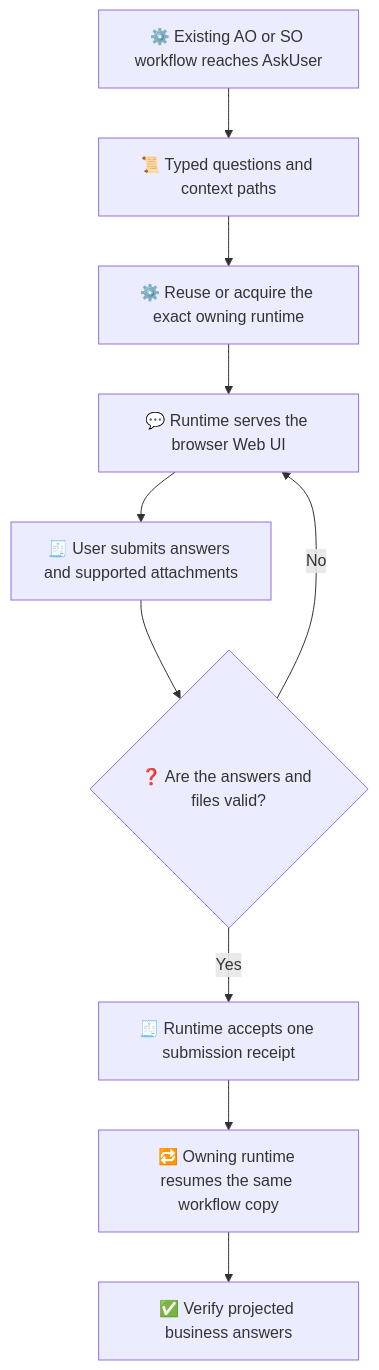
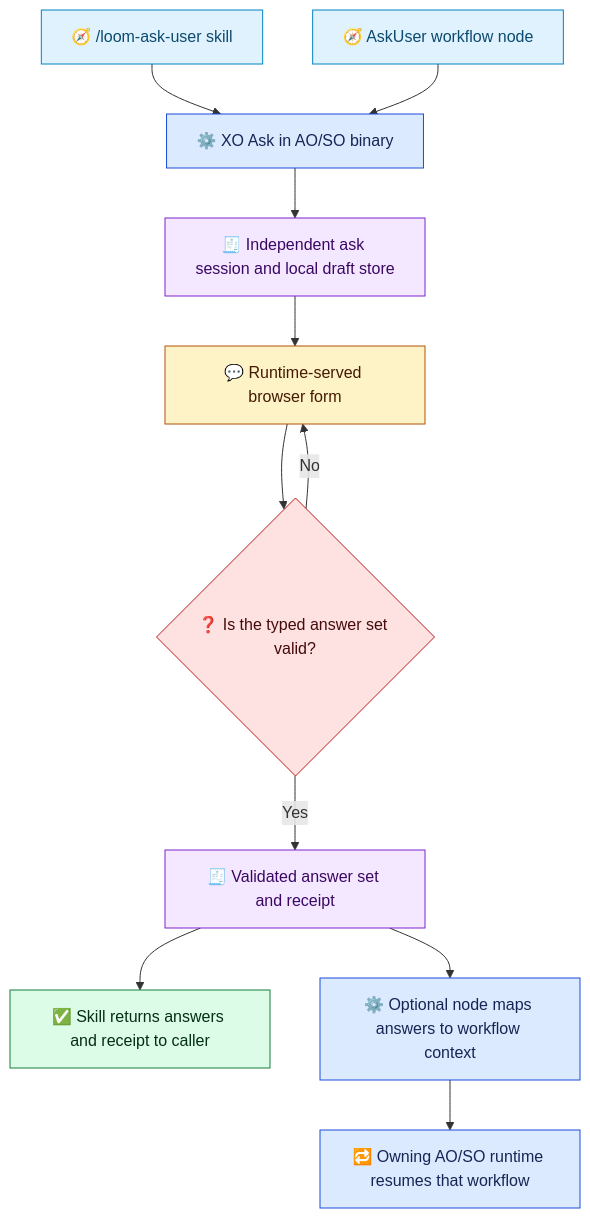
Before and after one commit to waynebaby/Techne-Loom: the diagram in docs/en/guides/ask-user-guide.md, drawn with Mermaid. The commit also changed other lines of this file and 38 other files, not shown here.

First line of the commit message:
feat(ask): add workflow-free AO/SO sessions / 支持 AO/SO 独立问答

````diff
--- a/docs/en/guides/ask-user-guide.md
+++ b/docs/en/guides/ask-user-guide.md
@@ -27,12 +40,26 @@
 ```mermaid
 flowchart TD
-    OWNER["⚙️ Existing AO or SO workflow reaches AskUser"] --> CONTRACT["📜 Typed questions and context paths"]
-    CONTRACT --> RUNTIME["⚙️ Reuse or acquire the exact owning runtime"]
-    RUNTIME --> FORM["💬 Runtime serves the browser Web UI"]
-    FORM --> ANSWER["🧾 User submits answers and supported attachments"]
-    ANSWER --> VALIDATE{"❓ Are the answers and files valid?"}
-    VALIDATE -- "No" --> FORM
-    VALIDATE -- "Yes" --> RECEIPT["🧾 Runtime accepts one submission receipt"]
-    RECEIPT --> RESUME["🔁 Owning runtime resumes the same workflow copy"]
-    RESUME --> DONE["✅ Verify projected business answers"]
+    SKILL["🧭 /loom-ask-user skill"] --> XO["⚙️ XO Ask in AO/SO binary"]
+    NODE["🧭 AskUser workflow node"] --> XO
+    XO --> SESSION["🧾 Independent ask session and local draft store"]
+    SESSION --> FORM["💬 Runtime-served browser form"]
+    FORM --> CHECK{"❓ Is the typed answer set valid?"}
+    CHECK -- "No" --> FORM
+    CHECK -- "Yes" --> RECEIPT["🧾 Validated answer set and receipt"]
+    RECEIPT --> DIRECT["✅ Skill returns answers and receipt to caller"]
+    RECEIPT --> MAP["⚙️ Optional node maps answers to workflow context"]
+    MAP --> RESUME["🔁 Owning AO/SO runtime resumes that workflow"]
+
+    classDef intake fill:#e0f2fe,stroke:#0284c7,color:#0c4a6e;
+    classDef runtime fill:#dbeafe,stroke:#1d4ed8,color:#172554;
+    classDef user fill:#fef3c7,stroke:#b45309,color:#451a03;
+    classDef evidence fill:#f3e8ff,stroke:#7e22ce,color:#3b0764;
+    classDef decision fill:#fee2e2,stroke:#b91c1c,color:#450a0a;
+    classDef complete fill:#dcfce7,stroke:#15803d,color:#052e16;
+    class SKILL,NODE intake;
+    class XO,MAP,RESUME runtime;
+    class FORM user;
+    class SESSION,RECEIPT evidence;
+    class CHECK decision;
+    class DIRECT complete;
 ```
````
